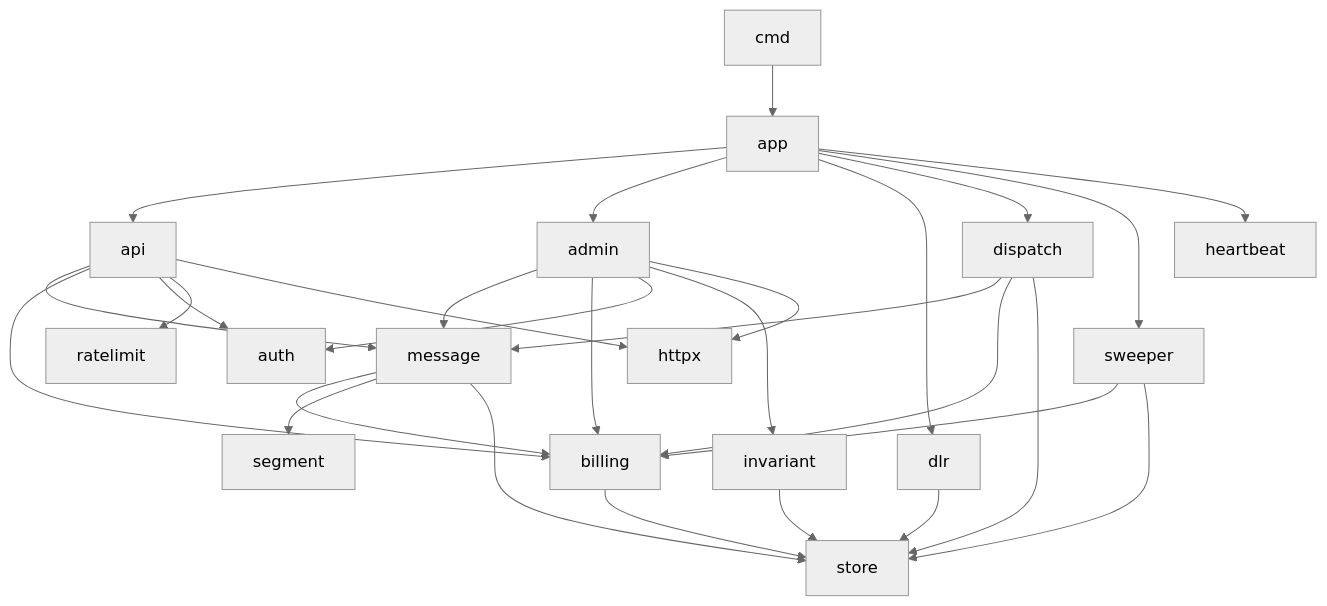
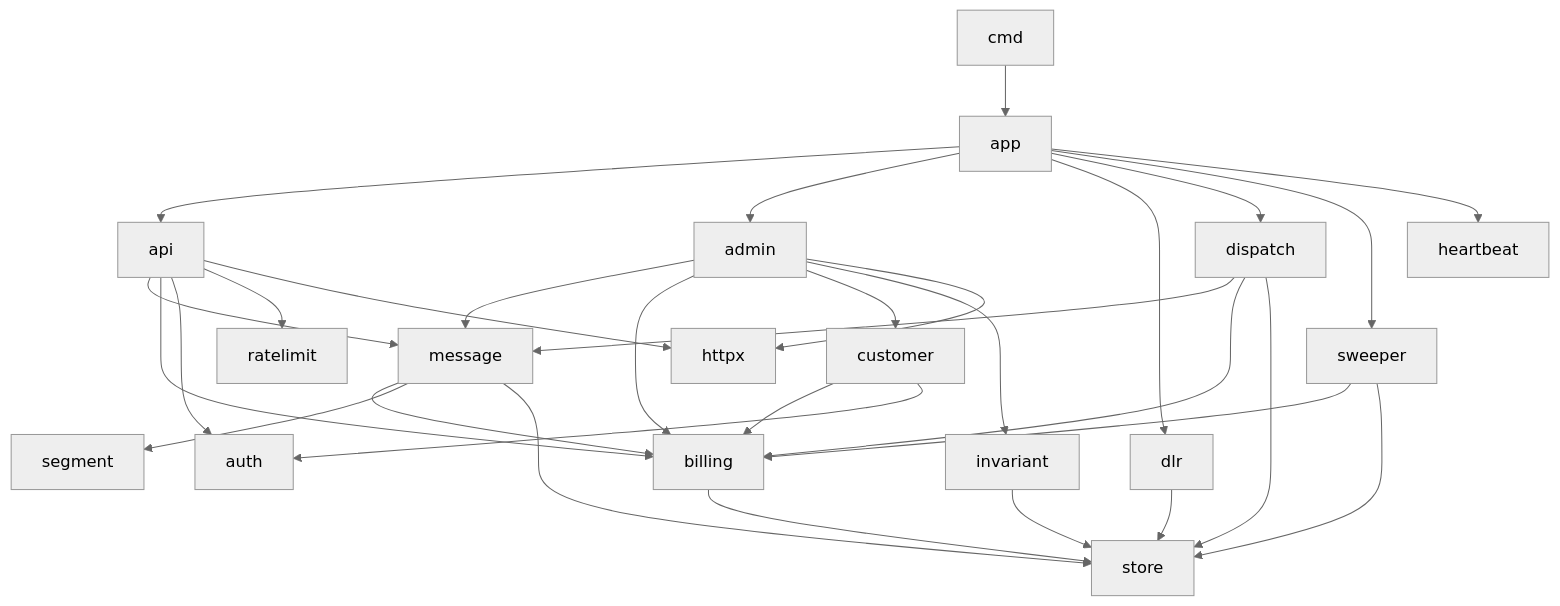
One commit to mmrzaf/sms-gateway changed the diagram in docs/020-architecture/040-code-organization.md. Above: the diagram before and after it, drawn with Mermaid (neutral theme). The commit also changed other lines of this file and 4 other files, not shown here.

````diff
--- a/docs/020-architecture/040-code-organization.md
+++ b/docs/020-architecture/040-code-organization.md
@@ -89,13 +92,14 @@
 ```mermaid
 flowchart TD
     cmd --> app
     app --> api & admin & dlr & dispatch & sweeper & heartbeat
     api --> message & billing & auth & ratelimit & httpx
-    admin --> message & billing & auth & invariant & httpx
+    admin --> message & billing & customer & invariant & httpx
+    customer --> billing & auth
     message --> billing & segment & store
     dispatch --> message & billing & store
     sweeper --> billing & store
     dlr --> store
     billing --> store
     invariant --> store
 ```
````
